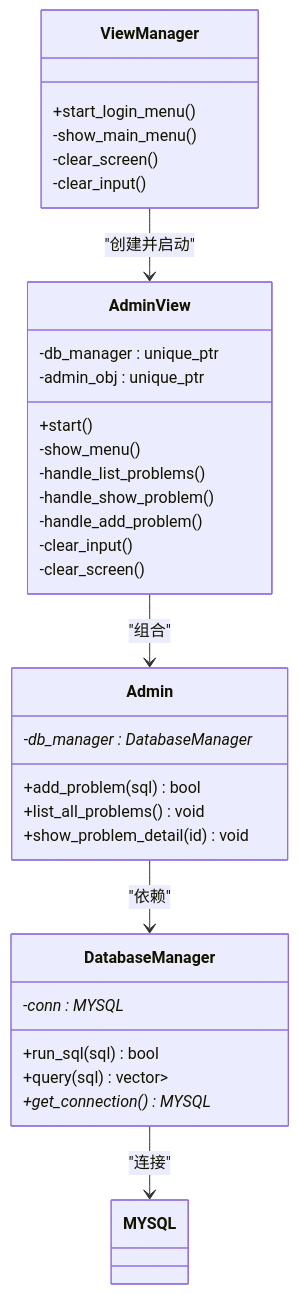
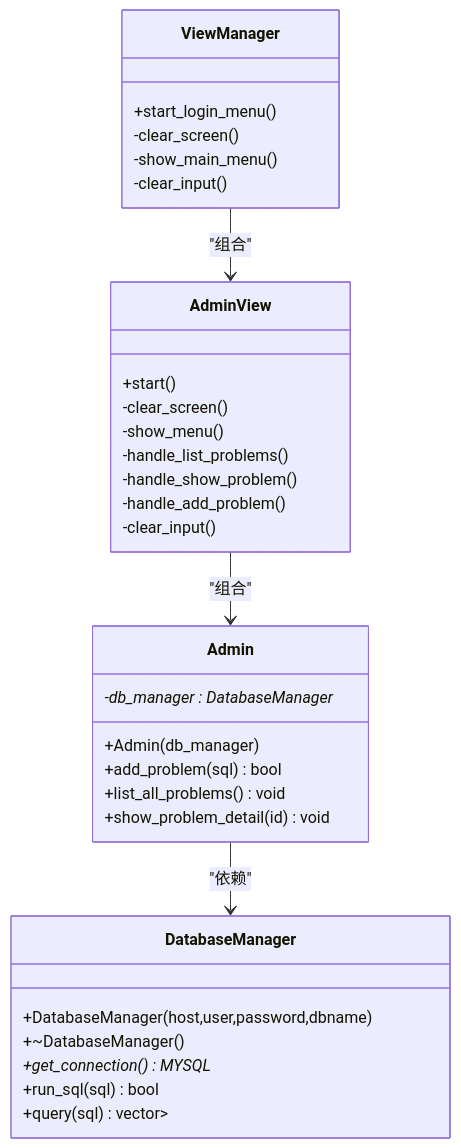
One commit to jinpeng900/OJ-Test changed the second of 7 diagrams in .qoder/repowiki/zh/content/核心模块详解/管理员模块.md. Above: the diagram before and after it, drawn with Mermaid. The commit also changed other lines of this file and 147 other files, not shown here.

````diff
--- a/.qoder/repowiki/zh/content/核心模块详解/管理员模块.md
+++ b/.qoder/repowiki/zh/content/核心模块详解/管理员模块.md
@@ -108,36 +96,35 @@
 ```mermaid
 classDiagram
-class ViewManager {
-+start_login_menu()
--show_main_menu()
--clear_screen()
--clear_input()
-}
 class AdminView {
 +start()
+-clear_screen()
 -show_menu()
 -handle_list_problems()
 -handle_show_problem()
 -handle_add_problem()
 -clear_input()
--clear_screen()
--db_manager : unique_ptr<DatabaseManager>
--admin_obj : unique_ptr<Admin>
 }
 class Admin {
++Admin(db_manager)
 +add_problem(sql) bool
 +list_all_problems() void
 +show_problem_detail(id) void
 -db_manager : DatabaseManager*
 }
 class DatabaseManager {
++DatabaseManager(host,user,password,dbname)
++~DatabaseManager()
++get_connection() MYSQL*
 +run_sql(sql) bool
 +query(sql) vector<map<string,string>>
-+get_connection() MYSQL*
--conn : MYSQL*
 }
-ViewManager --> AdminView : "创建并启动"
+class ViewManager {
++start_login_menu()
+-clear_screen()
+-show_main_menu()
+-clear_input()
+}
 AdminView --> Admin : "组合"
 Admin --> DatabaseManager : "依赖"
-DatabaseManager --> MYSQL : "连接"
+ViewManager --> AdminView : "组合"
 ```
````
